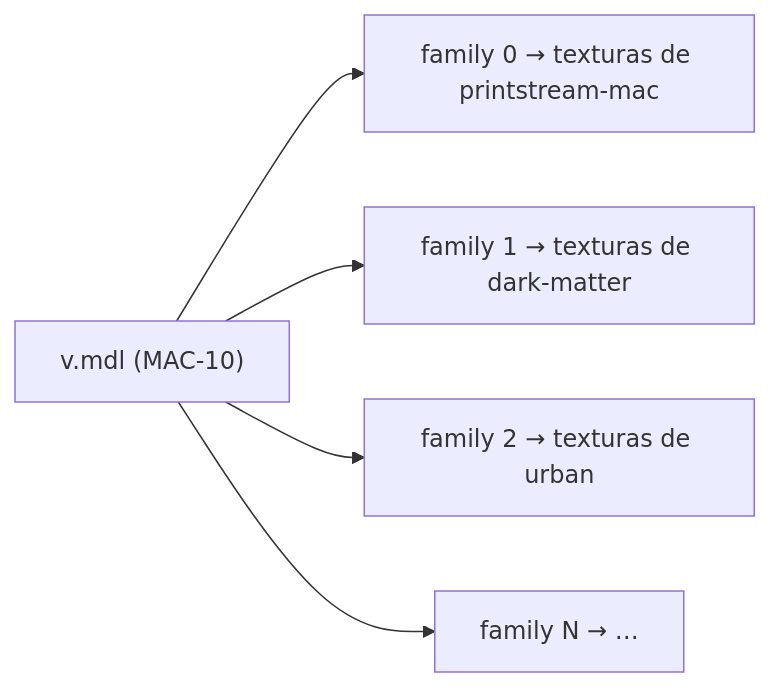
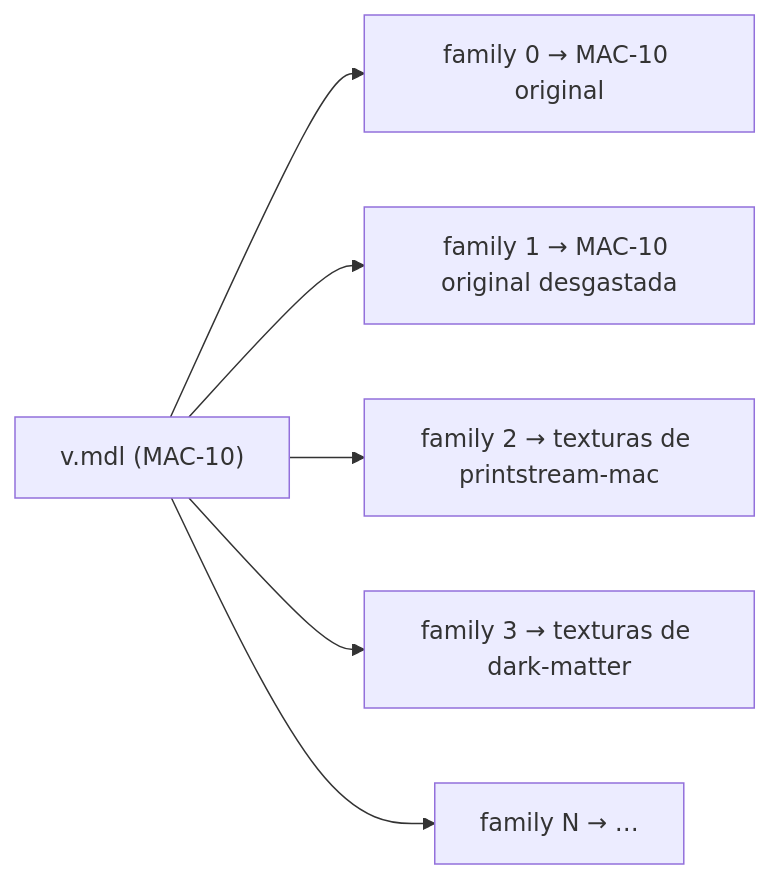
One commit to altair-sossai/l4d2-zone-server changed the diagram in docs/weapon-skins/02-assets.es.md. Above: the diagram before and after it, drawn with Mermaid. The commit also changed other lines of this file and 14 other files, not shown here.

````diff
--- a/docs/weapon-skins/02-assets.es.md
+++ b/docs/weapon-skins/02-assets.es.md
@@ -59,7 +70,8 @@
 ```mermaid
 flowchart LR
-    M["v.mdl (MAC-10)"] --> F0["family 0 → texturas de printstream-mac"]
-    M --> F1["family 1 → texturas de dark-matter"]
-    M --> F2["family 2 → texturas de urban"]
+    M["v.mdl (MAC-10)"] --> S0["family 0 → MAC-10 original"]
+    M --> S1["family 1 → MAC-10 original desgastada"]
+    M --> F2["family 2 → texturas de printstream-mac"]
+    M --> F3["family 3 → texturas de dark-matter"]
     M --> FN["family N → …"]
 ```
````
